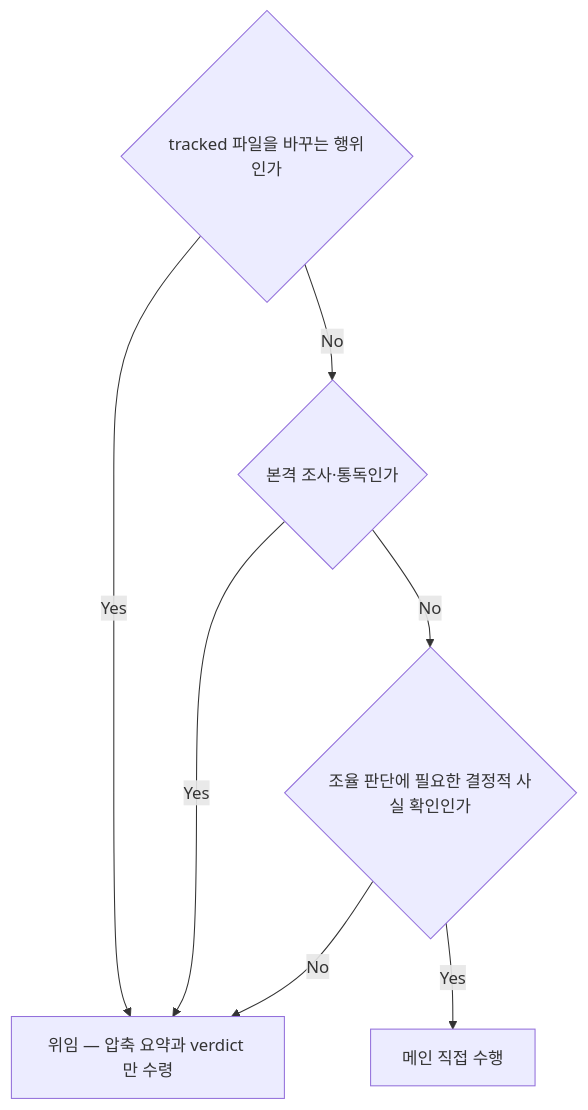
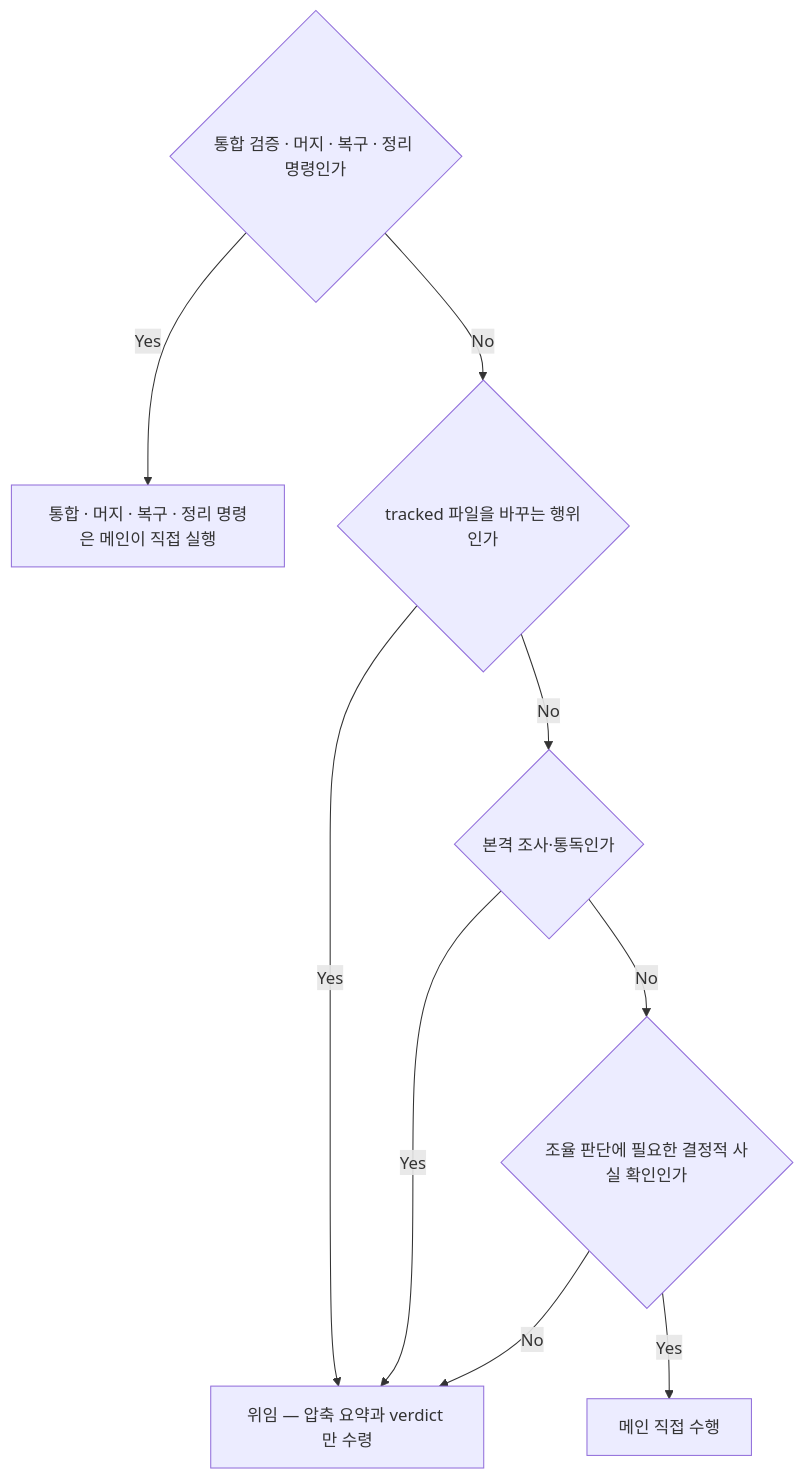
Before and after one commit to kys0213/kys-claude-plugin: the second of 3 diagrams in plugins/atelier/skills/orchestrator/SKILL.md, drawn with Mermaid. The commit also changed other lines of this file, not shown here.

First line of the commit message:
docs(atelier): close router graph gaps

````diff
--- a/plugins/atelier/skills/orchestrator/SKILL.md
+++ b/plugins/atelier/skills/orchestrator/SKILL.md
@@ -50,9 +52,11 @@
 ```mermaid
 flowchart TD
-  D02_q1{"tracked 파일을 바꾸는 행위인가"} -->|Yes| D02_t1["위임 — 압축 요약과 verdict 만 수령"]
-  D02_q1 -->|No| D02_q2{"본격 조사·통독인가"}
-  D02_q2 -->|Yes| D02_t1
-  D02_q2 -->|No| D02_q3{"조율 판단에 필요한 결정적 사실 확인인가"}
-  D02_q3 -->|Yes| D02_t2["메인 직접 수행"]
-  D02_q3 -->|No| D02_t1
+  D02_q1{"통합 검증 · 머지 · 복구 · 정리 명령인가"} -->|Yes| D02_t3["통합 · 머지 · 복구 · 정리 명령은 메인이 직접 실행"]
+  D02_q1 -->|No| D02_q2{"tracked 파일을 바꾸는 행위인가"}
+  D02_q2 -->|Yes| D02_t1["위임 — 압축 요약과 verdict 만 수령"]
+  D02_q2 -->|No| D02_q3{"본격 조사·통독인가"}
+  D02_q3 -->|Yes| D02_t1
+  D02_q3 -->|No| D02_q4{"조율 판단에 필요한 결정적 사실 확인인가"}
+  D02_q4 -->|Yes| D02_t2["메인 직접 수행"]
+  D02_q4 -->|No| D02_t1
 ```
````
